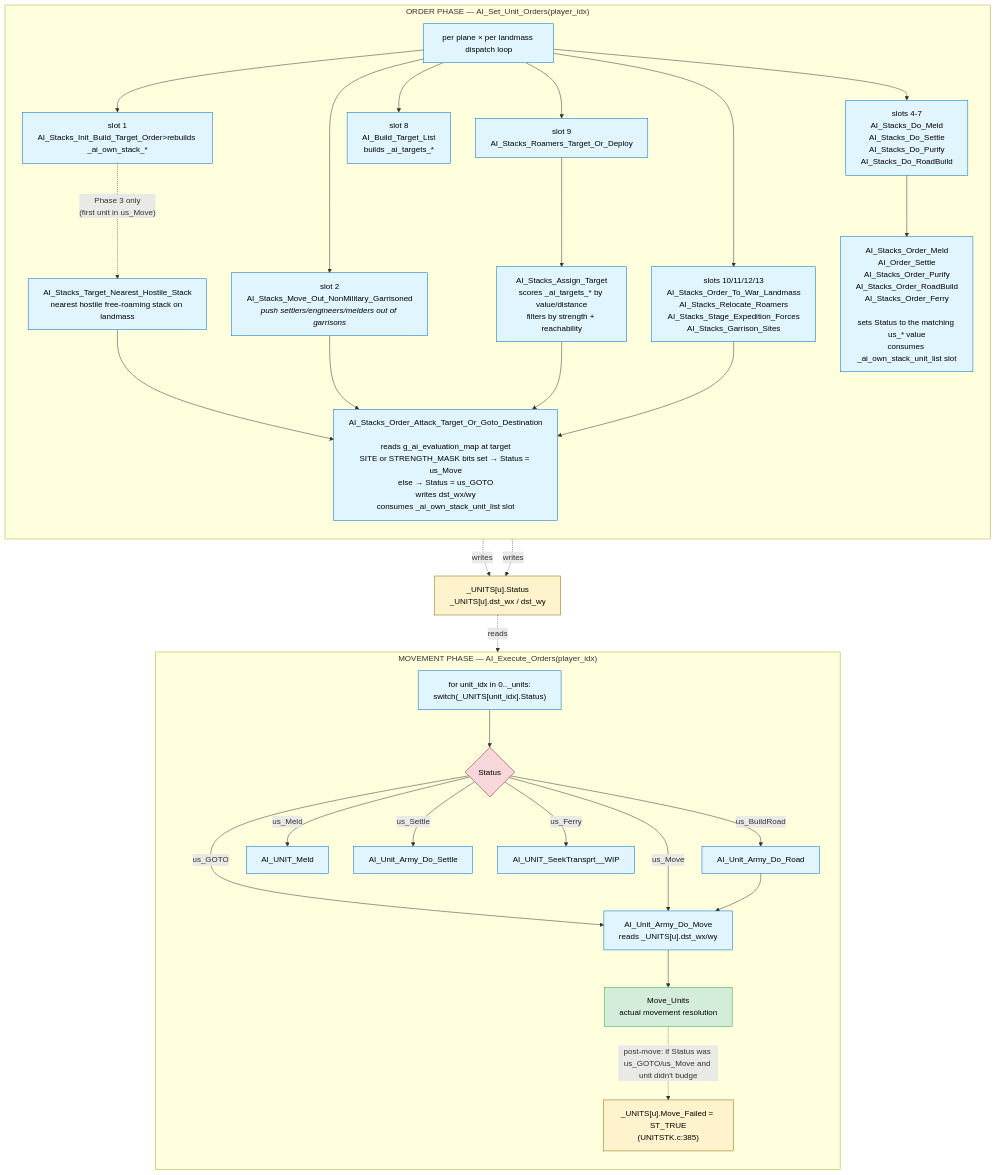
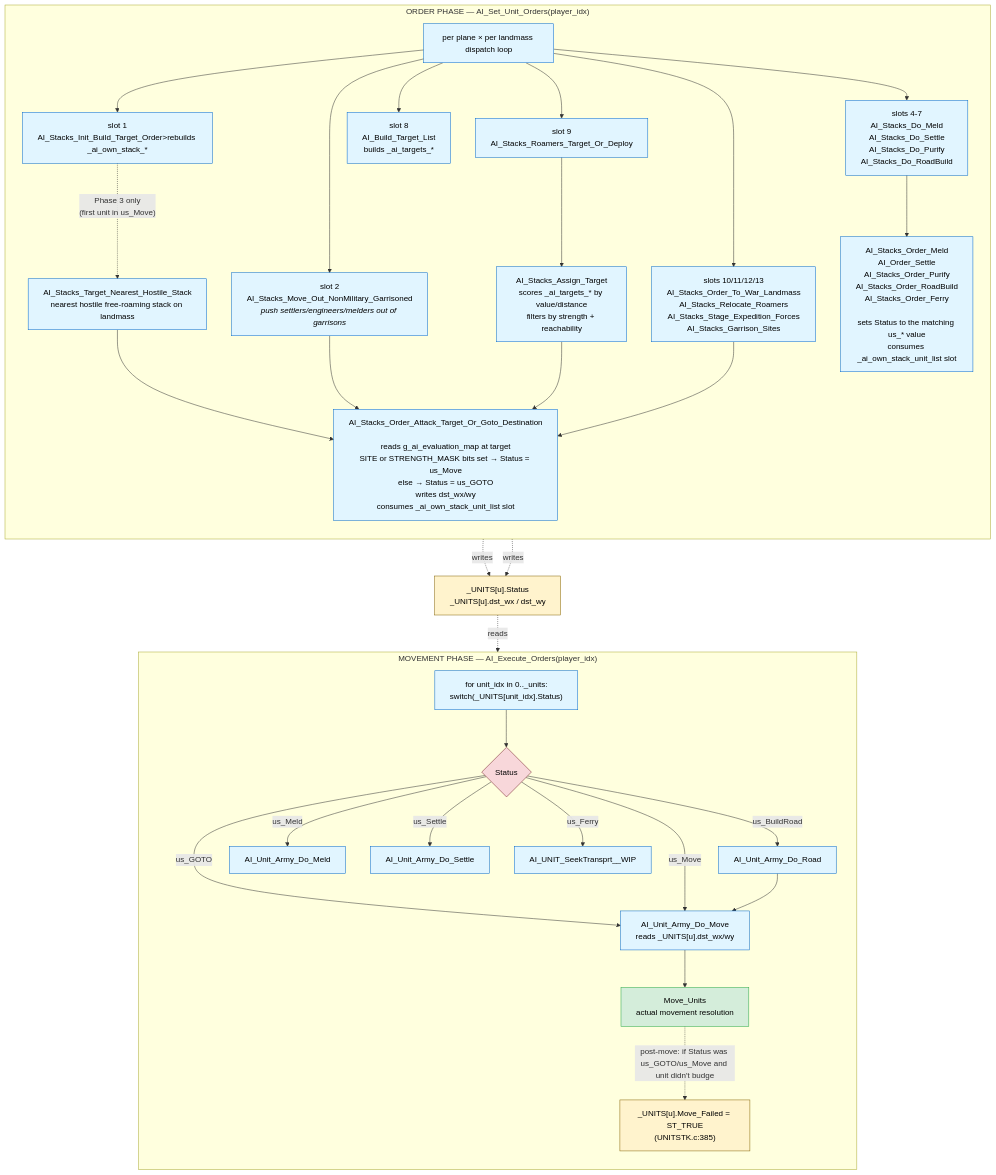
One commit to jbalcomb/ReMoM changed the second of 3 diagrams in doc/ComputerPlayer/AI-Turn-Diagrams.md. Above: the diagram before and after it, drawn with Mermaid. The commit also changed 12 other files, not shown here.

Commit message:
done-done AI_Unit_Army_Do_Meld()

````diff
--- a/doc/ComputerPlayer/AI-Turn-Diagrams.md
+++ b/doc/ComputerPlayer/AI-Turn-Diagrams.md
@@ -39,56 +39,56 @@
 ```mermaid
 flowchart TD
     classDef phase fill:#f5f5f5,stroke:#666,stroke-width:2px,color:#000
     classDef func fill:#e1f5ff,stroke:#0066cc,color:#000
     classDef state fill:#fff3cd,stroke:#856404,color:#000
     classDef terminal fill:#d4edda,stroke:#28a745,color:#000
     classDef gate fill:#f8d7da,stroke:#721c24,color:#000
 
     subgraph PhaseOrders["ORDER PHASE — AI_Set_Unit_Orders(player_idx)"]
         direction TB
         Dispatch["per plane × per landmass dispatch loop"]:::func
 
         Dispatch --> Slot1["slot 1<br/>AI_Stacks_Init_Build_Target_Order>rebuilds _ai_own_stack_*</i>"]:::func
         Dispatch --> Slot2["slot 2<br/>AI_Stacks_Move_Out_NonMilitary_Garrisoned<br/><i>push settlers/engineers/melders out of garrisons</i>"]:::func
         Dispatch --> Slots4_7["slots 4-7<br/>AI_Stacks_Do_Meld<br/>AI_Stacks_Do_Settle<br/>AI_Stacks_Do_Purify<br/>AI_Stacks_Do_RoadBuild"]:::func
         Dispatch --> Slot8["slot 8<br/>AI_Build_Target_List<br/>builds _ai_targets_*"]:::func
         Dispatch --> Slot9["slot 9<br/>AI_Stacks_Roamers_Target_Or_Deploy"]:::func
         Dispatch --> SlotsRally["slots 10/11/12/13<br/>AI_Stacks_Order_To_War_Landmass<br/>AI_Stacks_Relocate_Roamers<br/>AI_Stacks_Stage_Expedition_Forces<br/>AI_Stacks_Garrison_Sites"]:::func
 
         Slot1 -. "Phase 3 only<br/>(first unit in us_Move)" .-> FindNearest["AI_Stacks_Target_Nearest_Hostile_Stack<br/>nearest hostile free-roaming stack on landmass"]:::func
         FindNearest --> SetTgt
 
         Slot2 --> SetTgt
         Slot9 --> AssignTgt["AI_Stacks_Assign_Target<br/>scores _ai_targets_* by value/distance<br/>filters by strength + reachability"]:::func
         AssignTgt --> SetTgt
         SlotsRally --> SetTgt
 
         SetTgt["AI_Stacks_Order_Attack_Target_Or_Goto_Destination<br/><br/>reads g_ai_evaluation_map at target<br/>SITE or STRENGTH_MASK bits set → Status = us_Move<br/>else → Status = us_GOTO<br/>writes dst_wx/wy<br/>consumes _ai_own_stack_unit_list slot"]:::func
 
         Slots4_7 --> OrderXxx["AI_Stacks_Order_Meld<br/>AI_Order_Settle<br/>AI_Stacks_Order_Purify<br/>AI_Stacks_Order_RoadBuild<br/>AI_Stacks_Order_Ferry<br/><br/>sets Status to the matching us_* value<br/>consumes _ai_own_stack_unit_list slot"]:::func
     end
 
     SetTgt -. "writes" .-> UnitFields
     OrderXxx -. "writes" .-> UnitFields
 
     UnitFields["_UNITS[u].Status<br/>_UNITS[u].dst_wx / dst_wy"]:::state
 
     subgraph PhaseMove["MOVEMENT PHASE — AI_Execute_Orders(player_idx)"]
         direction TB
         MoveLoop["for unit_idx in 0.._units:<br/>switch(_UNITS[unit_idx].Status)"]:::func
         MoveLoop --> StatusGate{Status}:::gate
         StatusGate -- "us_GOTO" --> UnitMove
         StatusGate -- "us_Move" --> UnitMove
         StatusGate -- "us_BuildRoad" --> BuildRoad["AI_Unit_Army_Do_Road"]:::func
         BuildRoad --> UnitMove
-        StatusGate -- "us_Meld" --> UnitMeld["AI_UNIT_Meld"]:::func
+        StatusGate -- "us_Meld" --> UnitMeld["AI_Unit_Army_Do_Meld"]:::func
         StatusGate -- "us_Settle" --> UnitSettle["AI_Unit_Army_Do_Settle"]:::func
         StatusGate -- "us_Ferry" --> UnitSeek["AI_UNIT_SeekTransprt__WIP"]:::func
 
         UnitMove["AI_Unit_Army_Do_Move<br/>reads _UNITS[u].dst_wx/wy"]:::func --> MoveUnits["Move_Units<br/>actual movement resolution"]:::terminal
 
         MoveUnits -. "post-move: if Status was us_GOTO/us_Move and unit didn't budge" .-> MoveFailed["_UNITS[u].Move_Failed = ST_TRUE<br/>(UNITSTK.c:385)"]:::state
     end
 
     UnitFields -. "reads" .-> MoveLoop
 ```
````
